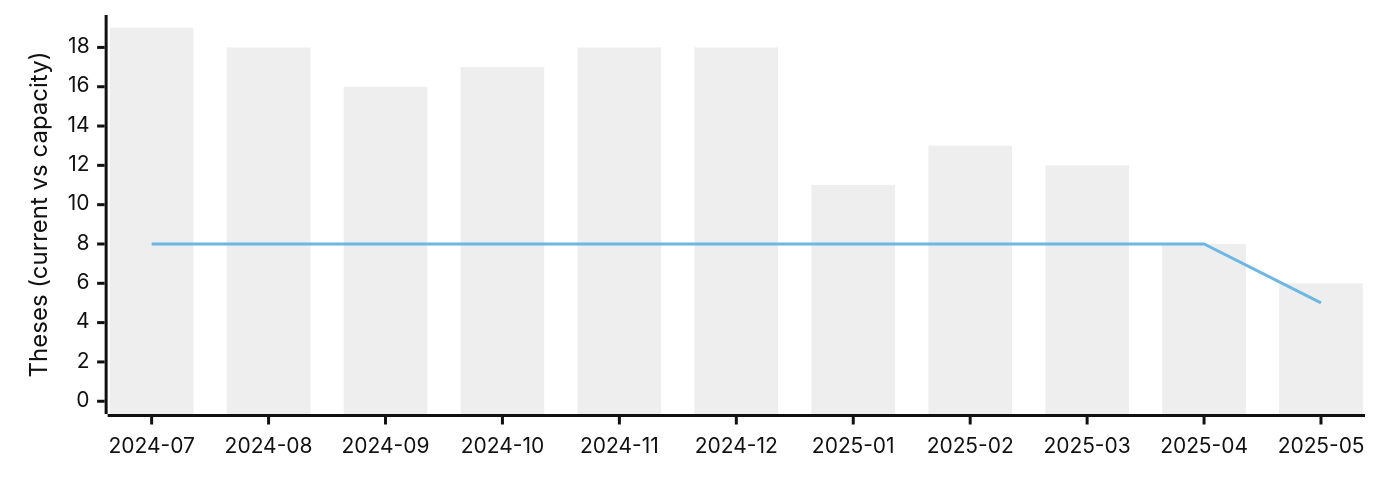
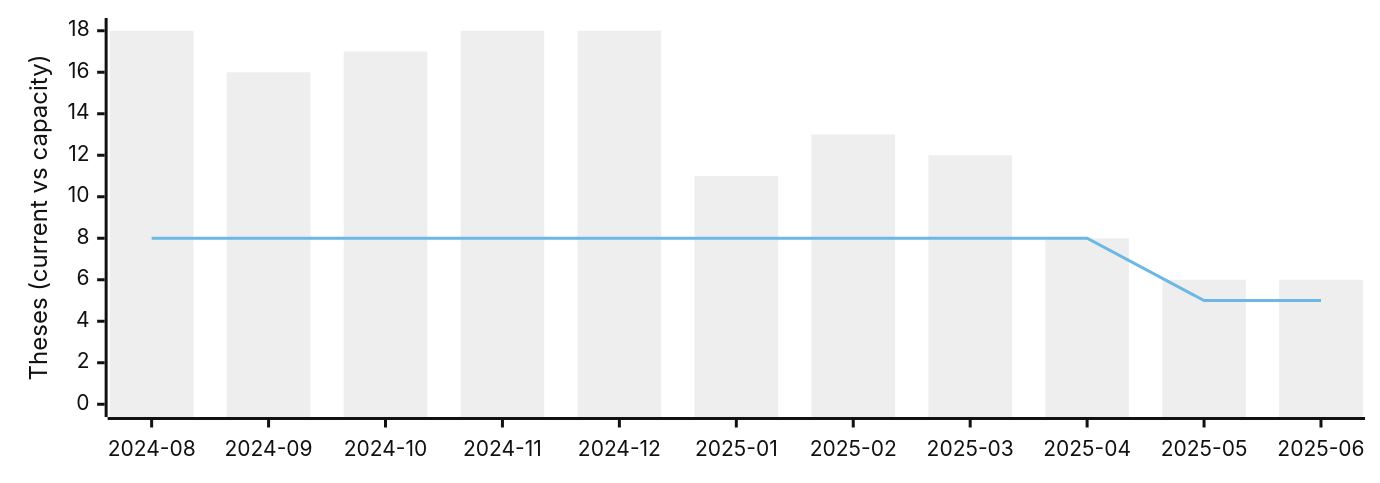
Before and after one commit to digital-work-lab/theses: the diagram in _includes/availability.md, drawn with Mermaid (neutral theme).

Commit message:
Update availability chart

````diff
--- a/_includes/availability.md
+++ b/_includes/availability.md
@@ -2,13 +2,13 @@
 ```mermaid
 ---
 config:
     xyChart:
         width: 900
         height: 300
 ---
 xychart-beta
-    x-axis [2024-07, 2024-08, 2024-09, 2024-10, 2024-11, 2024-12, 2025-01, 2025-02, 2025-03, 2025-04, 2025-05]
-    y-axis "Theses (current vs capacity)" 0 --> 19
-    bar [19, 18, 16, 17, 18, 18, 11, 13, 12, 8, 6]
-    line [8, 8, 8, 8, 8, 8, 8, 8, 8, 8, 5]
+    x-axis [2024-08, 2024-09, 2024-10, 2024-11, 2024-12, 2025-01, 2025-02, 2025-03, 2025-04, 2025-05, 2025-06]
+    y-axis "Theses (current vs capacity)" 0 --> 18
+    bar [18, 16, 17, 18, 18, 11, 13, 12, 8, 6, 6]
+    line [8, 8, 8, 8, 8, 8, 8, 8, 8, 5, 5]
 ```
````
